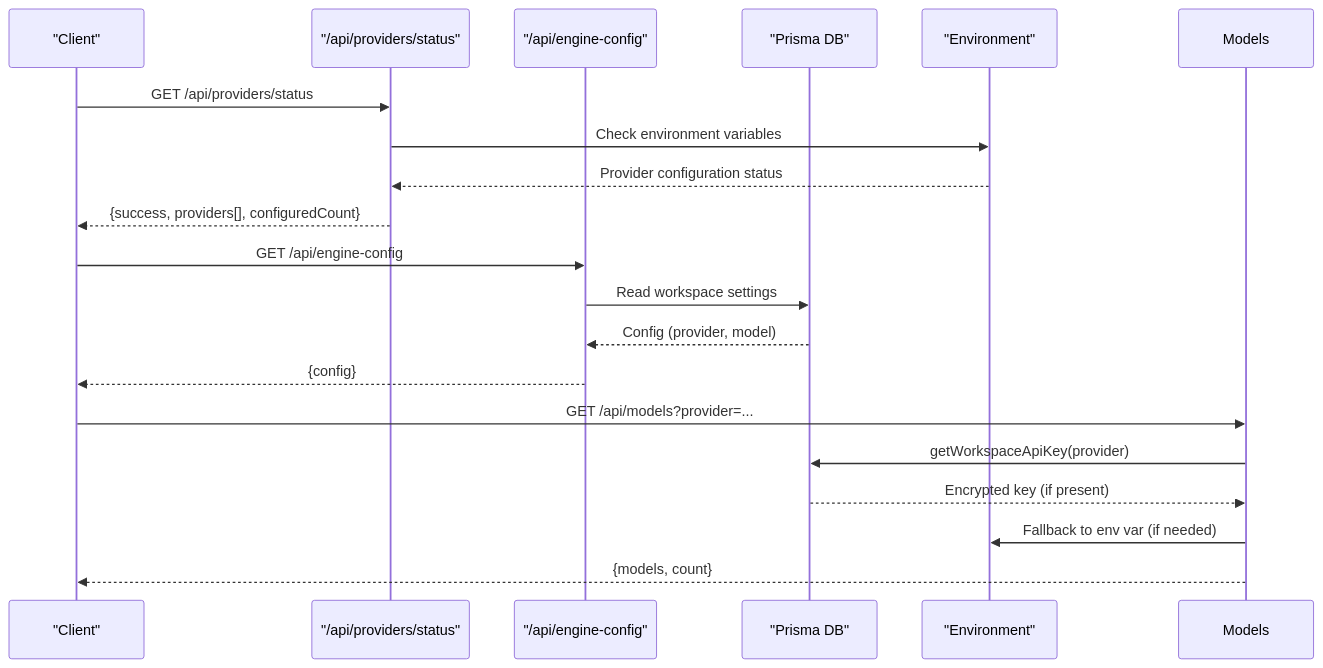
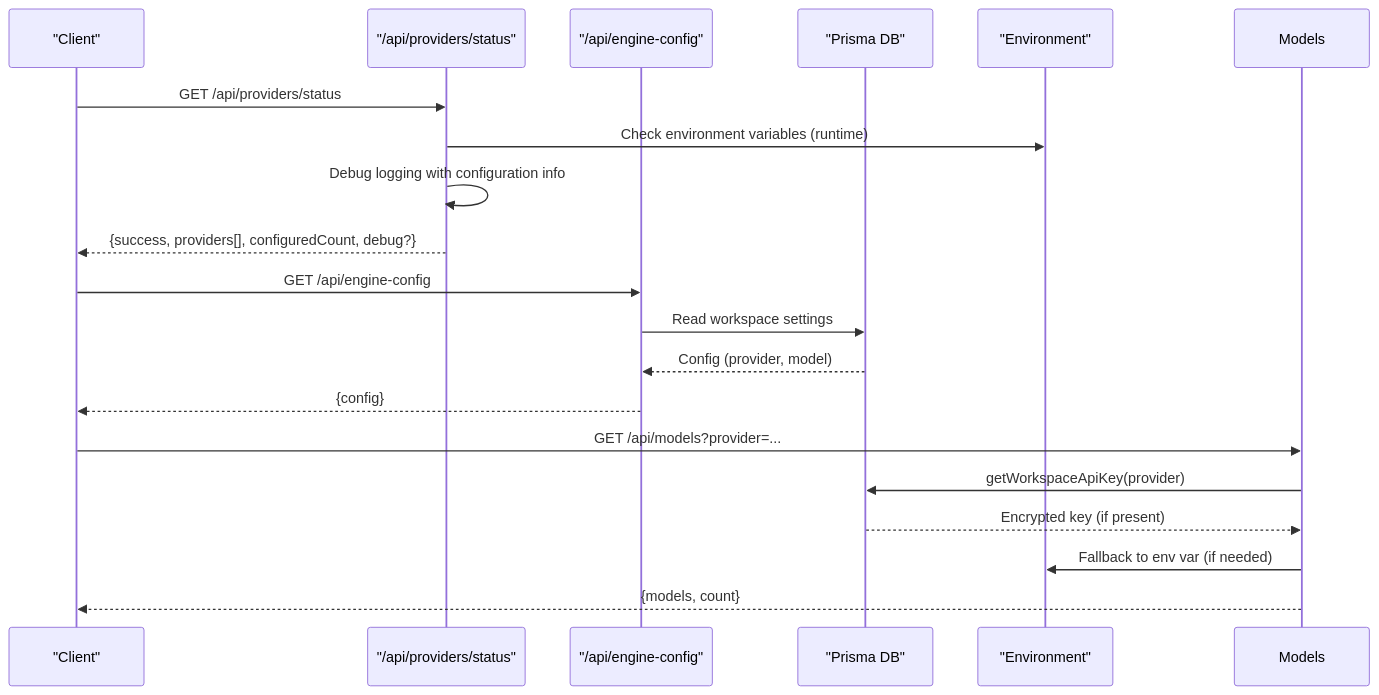
Before and after one commit to shekhargiri005-dotcom/AI-powered-accessibility-first-UI-engine: the second of 9 diagrams in .qoder/repowiki/en/content/API Reference/Utility APIs.md, drawn with Mermaid. The commit also changed other lines of this file and 9 other files, not shown here.

````diff
--- a/.qoder/repowiki/en/content/API Reference/Utility APIs.md
+++ b/.qoder/repowiki/en/content/API Reference/Utility APIs.md
@@ -137,21 +142,21 @@
 ```mermaid
 sequenceDiagram
 participant Client as "Client"
 participant Providers as "/api/providers/status"
 participant Engine as "/api/engine-config"
 participant DB as "Prisma DB"
 participant Env as "Environment"
 Client->>Providers : GET /api/providers/status
-Providers->>Env : Check environment variables
-Env-->>Providers : Provider configuration status
-Providers-->>Client : {success, providers[], configuredCount}
+Providers->>Env : Check environment variables (runtime)
+Providers->>Providers : Debug logging with configuration info
+Providers-->>Client : {success, providers[], configuredCount, debug?}
 Client->>Engine : GET /api/engine-config
 Engine->>DB : Read workspace settings
 DB-->>Engine : Config (provider, model)
 Engine-->>Client : {config}
 Client->>Models : GET /api/models?provider=...
 Models->>DB : getWorkspaceApiKey(provider)
 DB-->>Models : Encrypted key (if present)
 Models->>Env : Fallback to env var (if needed)
 Models-->>Client : {models, count}
 ```
````
